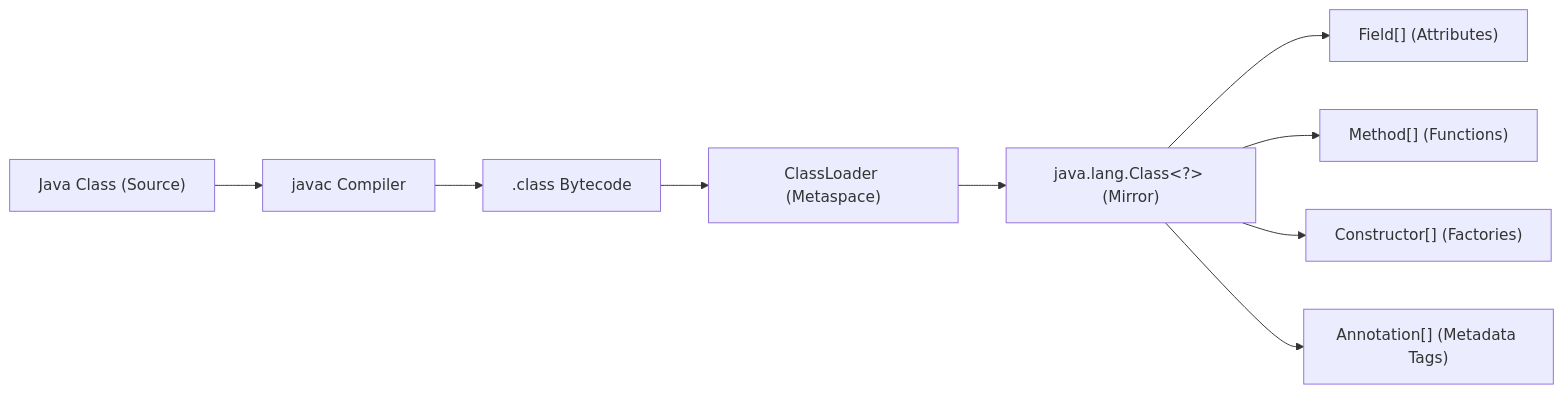
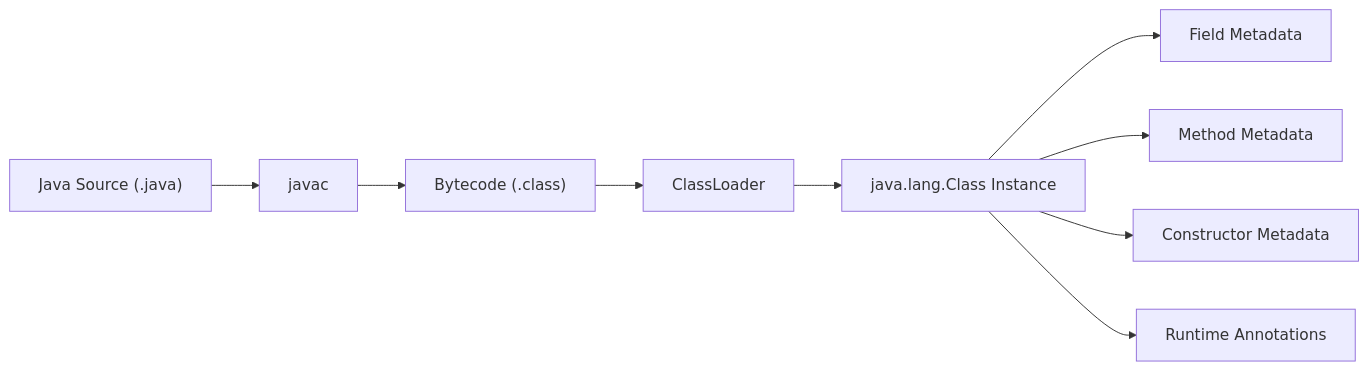
The first of 2 diagrams in content/roadmap/level-3/reflection-api-custom-annotations.md (ravishankar2463/java_hub), drawn with Mermaid before and after one commit. The commit also changed other lines of this file and 119 other files, not shown here.

Commit message:
feat: add comprehensive java learning roadmap content across multiple levels

````diff
--- a/content/roadmap/level-3/reflection-api-custom-annotations.md
+++ b/content/roadmap/level-3/reflection-api-custom-annotations.md
@@ -24,12 +18,12 @@
 ```mermaid
 flowchart LR
-    Source["Java Class (Source)"] --> Javac["javac Compiler"]
-    Javac --> ClassFile[".class Bytecode"]
-    ClassFile --> ClassLoader["ClassLoader (Metaspace)"]
-    ClassLoader --> ClassObject["java.lang.Class&lt;?&gt; (Mirror)"]
+    Source["Java Source (.java)"] --> Compiler["javac"]
+    Compiler --> Bytecode["Bytecode (.class)"]
+    Bytecode --> Loader["ClassLoader"]
+    Loader --> ClassObj["java.lang.Class Instance"]
 
-    ClassObject --> Fields["Field[] (Attributes)"]
-    ClassObject --> Methods["Method[] (Functions)"]
-    ClassObject --> Constructors["Constructor[] (Factories)"]
-    ClassObject --> Annotations["Annotation[] (Metadata Tags)"]
+    ClassObj --> Fields["Field Metadata"]
+    ClassObj --> Methods["Method Metadata"]
+    ClassObj --> Ctors["Constructor Metadata"]
+    ClassObj --> Annos["Runtime Annotations"]
 ```
````
